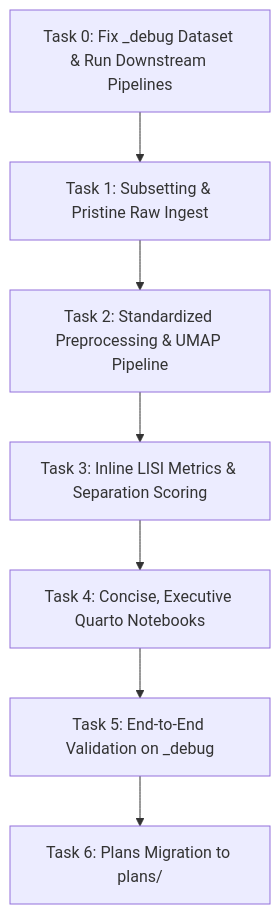
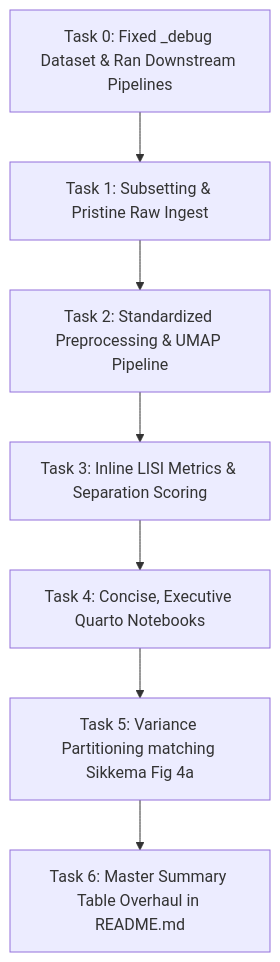
Before and after one commit to carmonalab/ECODA_paper: the diagram in .agents/plans/archive/dataset_onboarding_and_debug_overhaul.md, drawn with Mermaid. The commit also changed other lines of this file and 1 other file, not shown here.

Commit message:
docs(plans): update archived plans with final implemented architecture and verification

````diff
--- a/.agents/plans/archive/dataset_onboarding_and_debug_overhaul.md
+++ b/.agents/plans/archive/dataset_onboarding_and_debug_overhaul.md
@@ -28,9 +28,9 @@
 ```mermaid
 graph TD
-    T0[Task 0: Fix _debug Dataset & Run Downstream Pipelines] --> T1[Task 1: Subsetting & Pristine Raw Ingest]
+    T0[Task 0: Fixed _debug Dataset & Ran Downstream Pipelines] --> T1[Task 1: Subsetting & Pristine Raw Ingest]
     T1 --> T2[Task 2: Standardized Preprocessing & UMAP Pipeline]
     T2 --> T3[Task 3: Inline LISI Metrics & Separation Scoring]
     T3 --> T4[Task 4: Concise, Executive Quarto Notebooks]
-    T4 --> T5[Task 5: End-to-End Validation on _debug]
-    T5 --> T6[Task 6: Plans Migration to plans/]
+    T4 --> T5[Task 5: Variance Partitioning matching Sikkema Fig 4a]
+    T5 --> T6[Task 6: Master Summary Table Overhaul in README.md]
 ```
````
